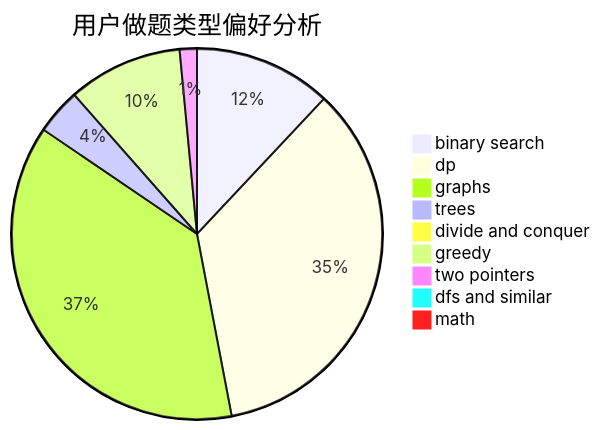
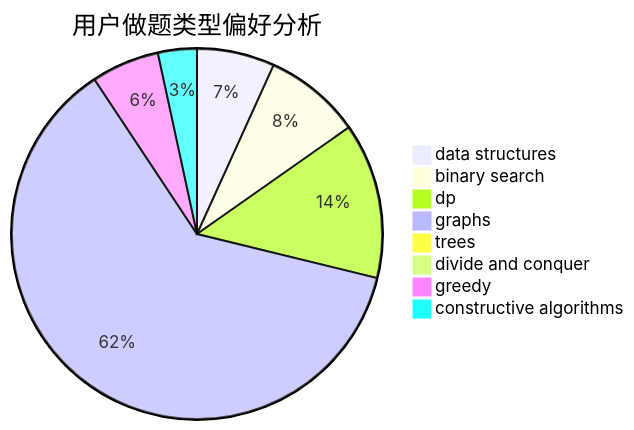
One commit to sherpahu/cfrs.github.io changed the second of 3 diagrams in docs/user/u706.md. Above: the diagram before and after it, drawn with Mermaid. The commit also changed other lines of this file and 2775 other files, not shown here.

````diff
--- a/docs/user/u706.md
+++ b/docs/user/u706.md
@@ -23,12 +23,11 @@
 ```mermaid
 pie title 用户做题类型偏好分析
-    "binary search" :  24
-    "dp" :  70
-    "graphs" :  75
-    "trees" :  8
+    "data structures" :  8
+    "binary search" :  10
+    "dp" :  16
+    "graphs" :  73
+    "trees" :  0
     "divide and conquer" :  0
-    "greedy" :  20
-    "two pointers" :  3
-    "dfs and similar" :  1
-    "math" :  1
+    "greedy" :  7
+    "constructive algorithms" :  4
 ```
````
